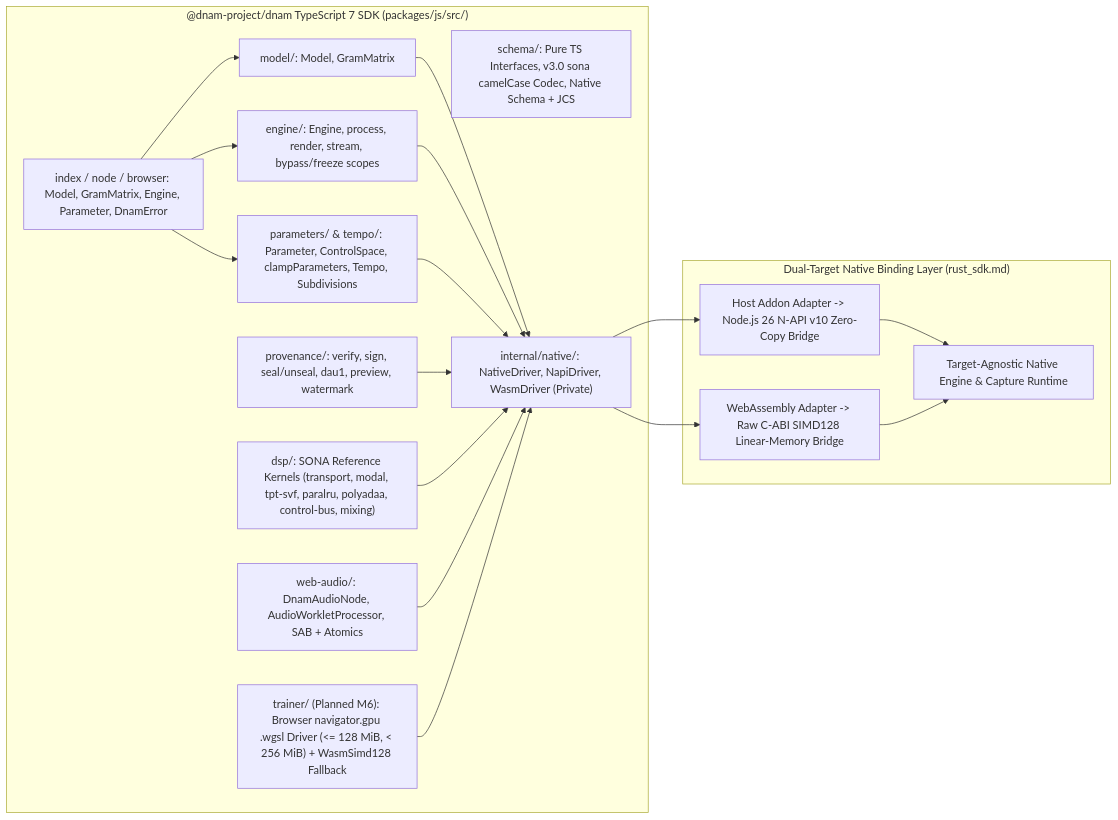
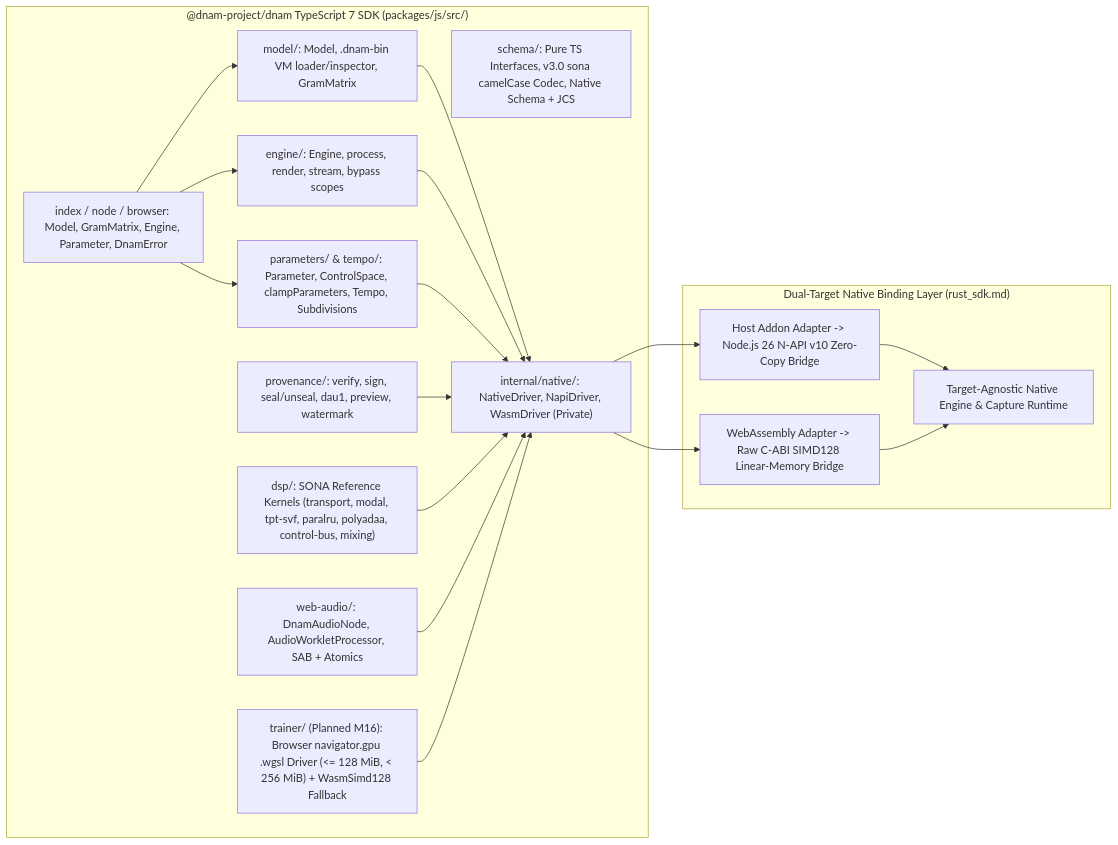
One commit to mokugen/dnam changed the diagram in docs/specs/sdks/typescript_sdk.md. Above: the diagram before and after it, drawn with Mermaid. The commit also changed other lines of this file and 34 other files, not shown here.

Commit message:
docs(sona): lock 5-crate diamond, .dnam-bin VM format & clean-room M5 specs

````diff
--- a/docs/specs/sdks/typescript_sdk.md
+++ b/docs/specs/sdks/typescript_sdk.md
@@ -48,26 +49,26 @@
 ```mermaid
 flowchart LR
     subgraph TsSDK ["@dnam-project/dnam TypeScript 7 SDK (packages/js/src/)"]
         Top["index / node / browser: Model, GramMatrix, Engine, Parameter, DnamError"]
-        Mod["model/: Model, GramMatrix"]
-        Eng["engine/: Engine, process, render, stream, bypass/freeze scopes"]
+        Mod["model/: Model, .dnam-bin VM loader/inspector, GramMatrix"]
+        Eng["engine/: Engine, process, render, stream, bypass scopes"]
         Par["parameters/ & tempo/: Parameter, ControlSpace, clampParameters, Tempo, Subdivisions"]
         Sch["schema/: Pure TS Interfaces, v3.0 sona camelCase Codec, Native Schema + JCS"]
         Prov["provenance/: verify, sign, seal/unseal, dau1, preview, watermark"]
         Dsp["dsp/: SONA Reference Kernels (transport, modal, tpt-svf, paralru, polyadaa, control-bus, mixing)"]
         Web["web-audio/: DnamAudioNode, AudioWorkletProcessor, SAB + Atomics"]
-        Gpu["trainer/ (Planned M6): Browser navigator.gpu .wgsl Driver (<= 128 MiB, < 256 MiB) + WasmSimd128 Fallback"]
+        Gpu["trainer/ (Planned M16): Browser navigator.gpu .wgsl Driver (<= 128 MiB, < 256 MiB) + WasmSimd128 Fallback"]
         Int["internal/native/: NativeDriver, NapiDriver, WasmDriver (Private)"]
     end
 
     subgraph NativeRuntime ["Dual-Target Native Binding Layer (rust_sdk.md)"]
         RNapi["Host Addon Adapter -> Node.js 26 N-API v10 Zero-Copy Bridge"]
         RWasm["WebAssembly Adapter -> Raw C-ABI SIMD128 Linear-Memory Bridge"]
         RCore["Target-Agnostic Native Engine & Capture Runtime"]
     end
 
     Top --> Mod & Eng & Par
     Mod & Eng & Par & Prov & Dsp & Web & Gpu --> Int
     Int --> RNapi & RWasm
     RNapi & RWasm --> RCore
 ```
````
